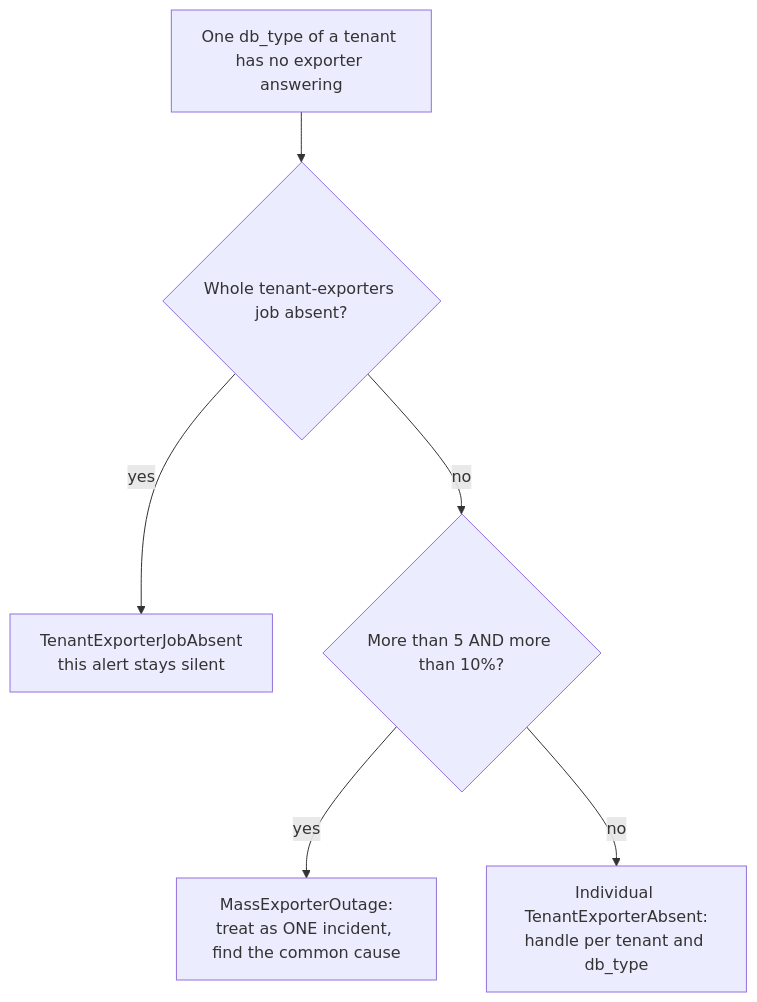
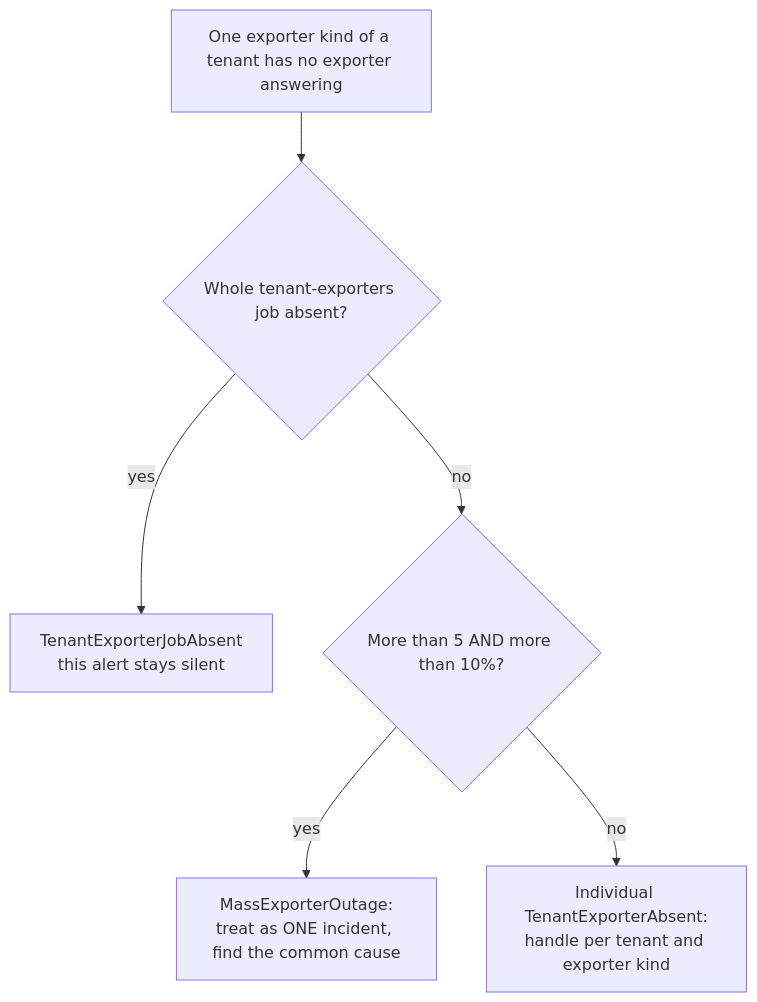
The second of 2 diagrams in docs/integration/troubleshooting-checklist.en.md (vencil/Dynamic-Alerting-Integrations), drawn with Mermaid before and after one commit. The commit also changed other lines of this file and 178 other files, not shown here.

````diff
--- a/docs/integration/troubleshooting-checklist.en.md
+++ b/docs/integration/troubleshooting-checklist.en.md
@@ -1186,8 +1186,8 @@
 ```mermaid
 flowchart TD
-    A[One db_type of a tenant has no exporter answering] --> B{Whole tenant-exporters job absent?}
+    A[One exporter kind of a tenant has no exporter answering] --> B{Whole tenant-exporters job absent?}
     B -- yes --> J[TenantExporterJobAbsent<br/>this alert stays silent]
     B -- no --> C{More than 5 AND more than 10%?}
     C -- yes --> M[MassExporterOutage:<br/>treat as ONE incident, find the common cause]
-    C -- no --> T[Individual TenantExporterAbsent:<br/>handle per tenant and db_type]
+    C -- no --> T[Individual TenantExporterAbsent:<br/>handle per tenant and exporter kind]
 ```
````
